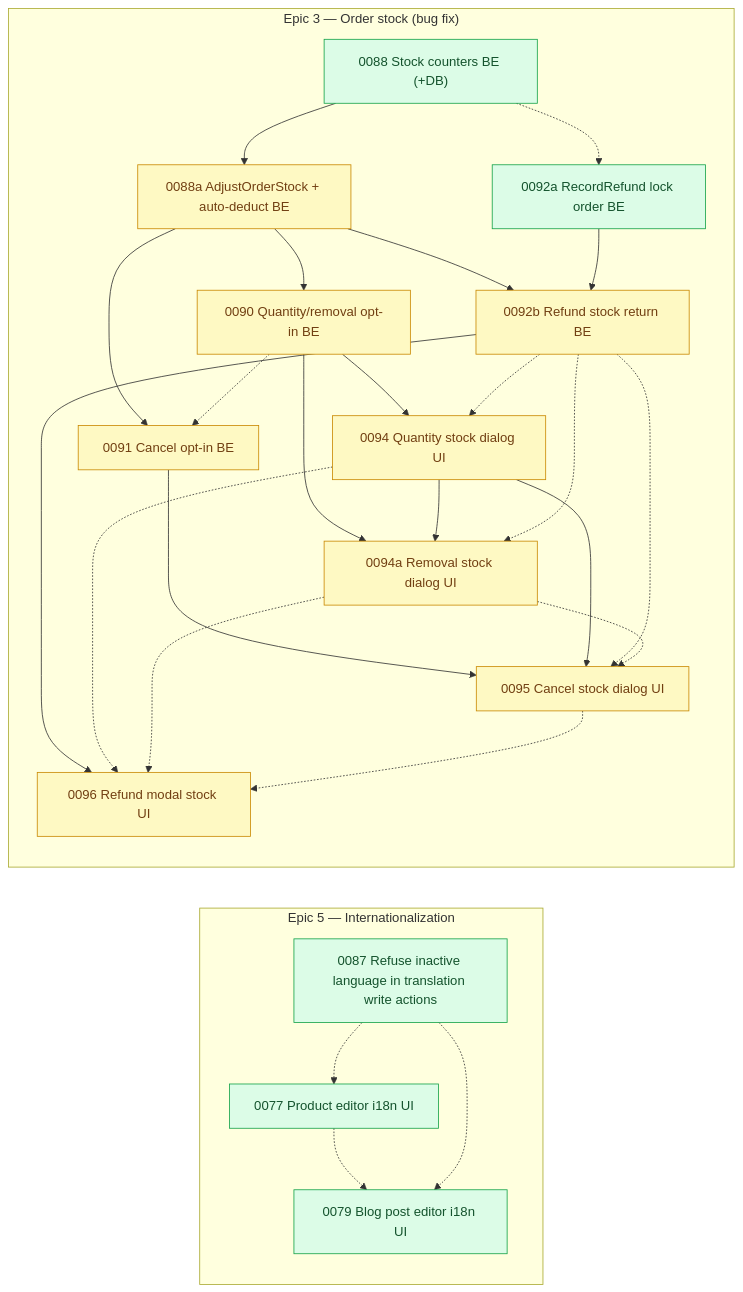
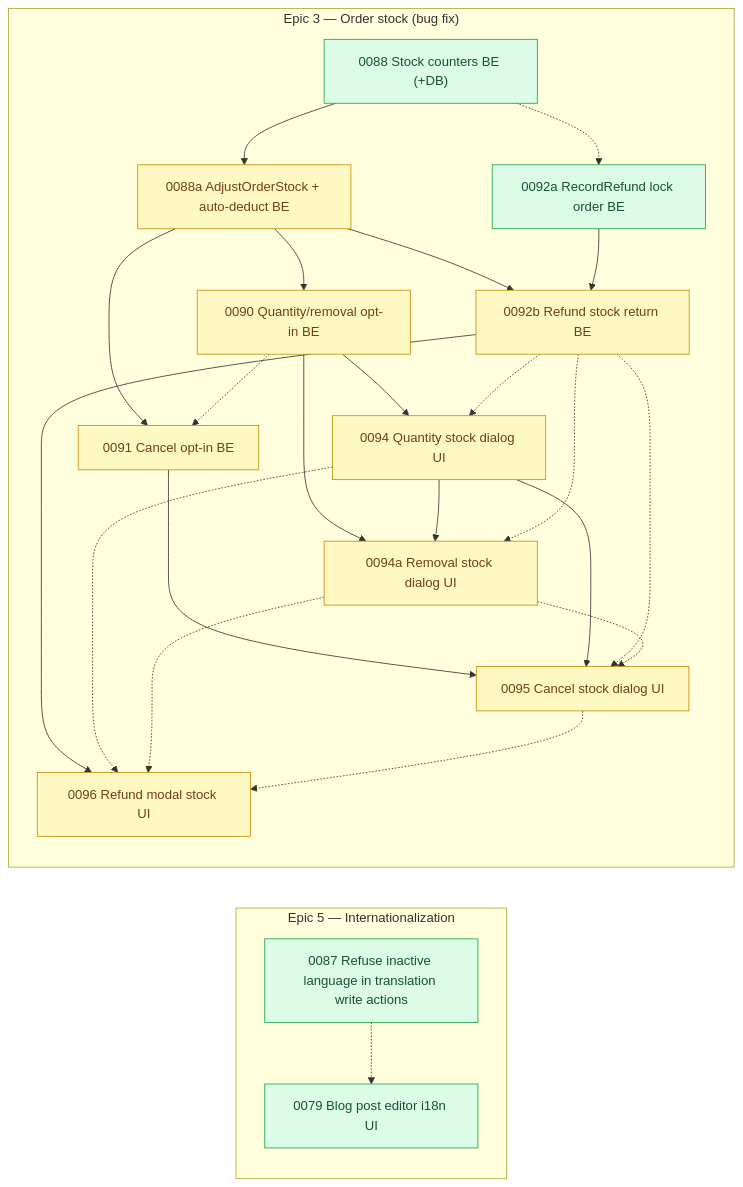
The diagram in arospe/ai-spec/tasks-map.md (shojen/AI4Devs-finalproject), drawn with Mermaid before and after one commit. The commit also changed other lines of this file and 11 other files, not shown here.

````diff
--- a/arospe/ai-spec/tasks-map.md
+++ b/arospe/ai-spec/tasks-map.md
@@ -594,7 +597,6 @@
     subgraph PEND_I18N["Epic 5 — Internationalization"]
         direction TB
         P0087["0087 Refuse inactive language in translation write actions"]
-        P0077["0077 Product editor i18n UI"]
         P0079["0079 Blog post editor i18n UI"]
     end
 
@@ -702,15 +704,14 @@
     %% (P0076 --> P0076a and P0076 --> P0077 dropped: 0076 closed to done/ 2026-11-07; 0076a is now ready, 0077 stays blocked on 0076a.)
     %% (P0078 --> P0079 and P0078 -.-> P0087 dropped: 0078 closed to done/ 2026-11-08; 0079 is now ready.)
     %% (P0076a --> P0077 and P0076a -.-> P0087 dropped: 0076a closed to done/ 2026-11-08; 0077 is now ready.)
-    P0077 -.-> P0079
+    %% (P0077 closed to done/ 2026-11-10; P0077 -.-> P0079 and P0087 -.-> P0077 dropped.)
     %% (P0082 --> P0083 and P0082 -.-> P0076/P0078 dropped: 0082 is done; 0083 is now ready.)
     %% (P0084 --> P0085 dropped: 0084 is done; 0085 is done too.)
     %% (P0083 -.-> P0085 and P0083 --> P0086 dropped: 0083 is done; 0086 is now ready.)
 
-    class P0077,P0079,P0087 ready;
+    class P0079,P0087 ready;
     %% (P0078 closed to done/ 2026-11-08; P0076b closed to done/ 2026-11-10 and no node is `claimed`; P0076b --> P0077 and P0076b -.-> P0087 dropped, 0077 is now ready.)
     P0087 -.-> P0079
-    P0087 -.-> P0077
     %% (P0075 closed to done/ 2026-10-27; P0073 closed to done/ 2026-10-08; no node remains `claimed`.)
     %% (P0071 --> P0073/P0075/P0079 dropped: 0071 closed to done/ 2026-10-07.)
 ```
````
